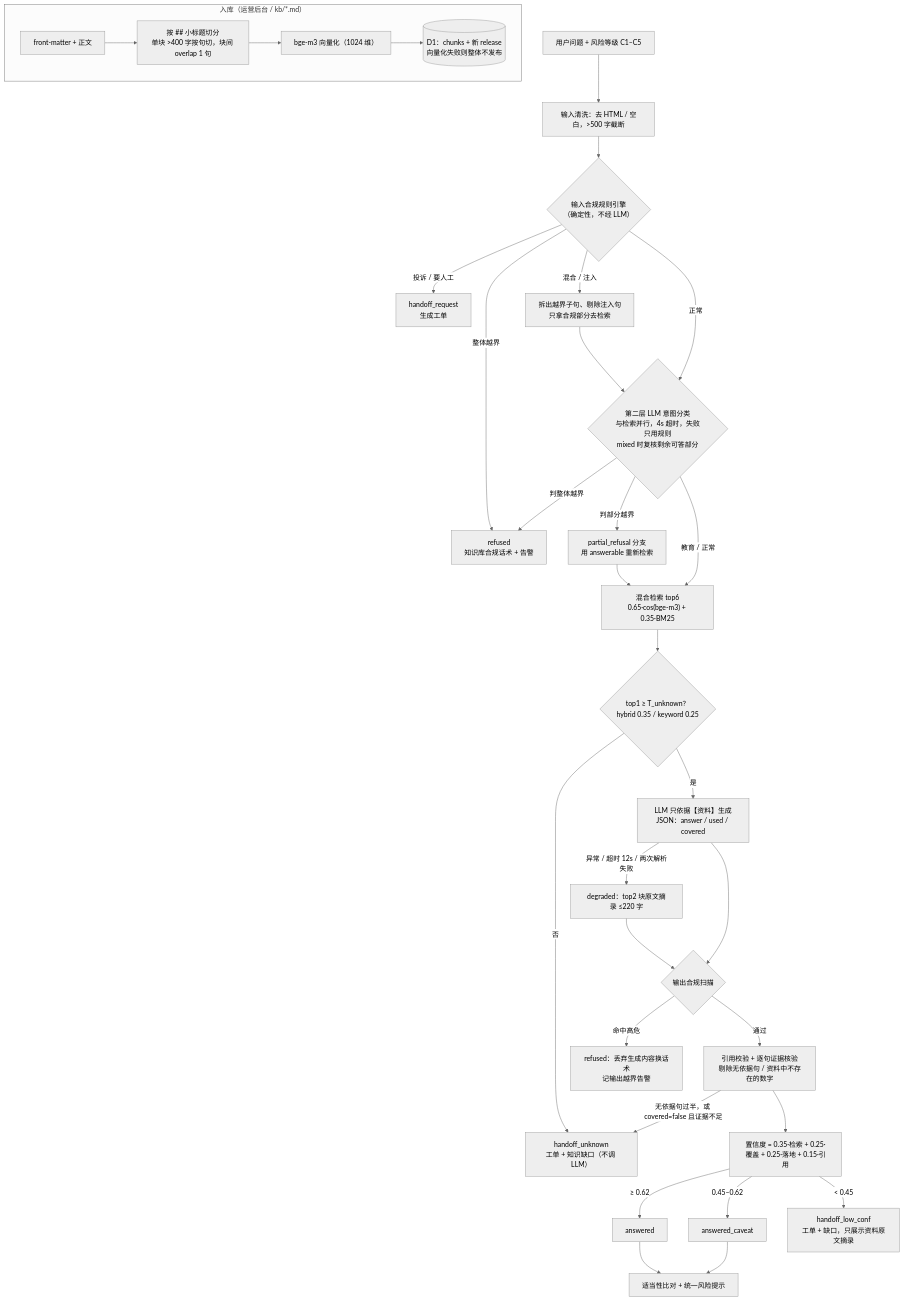
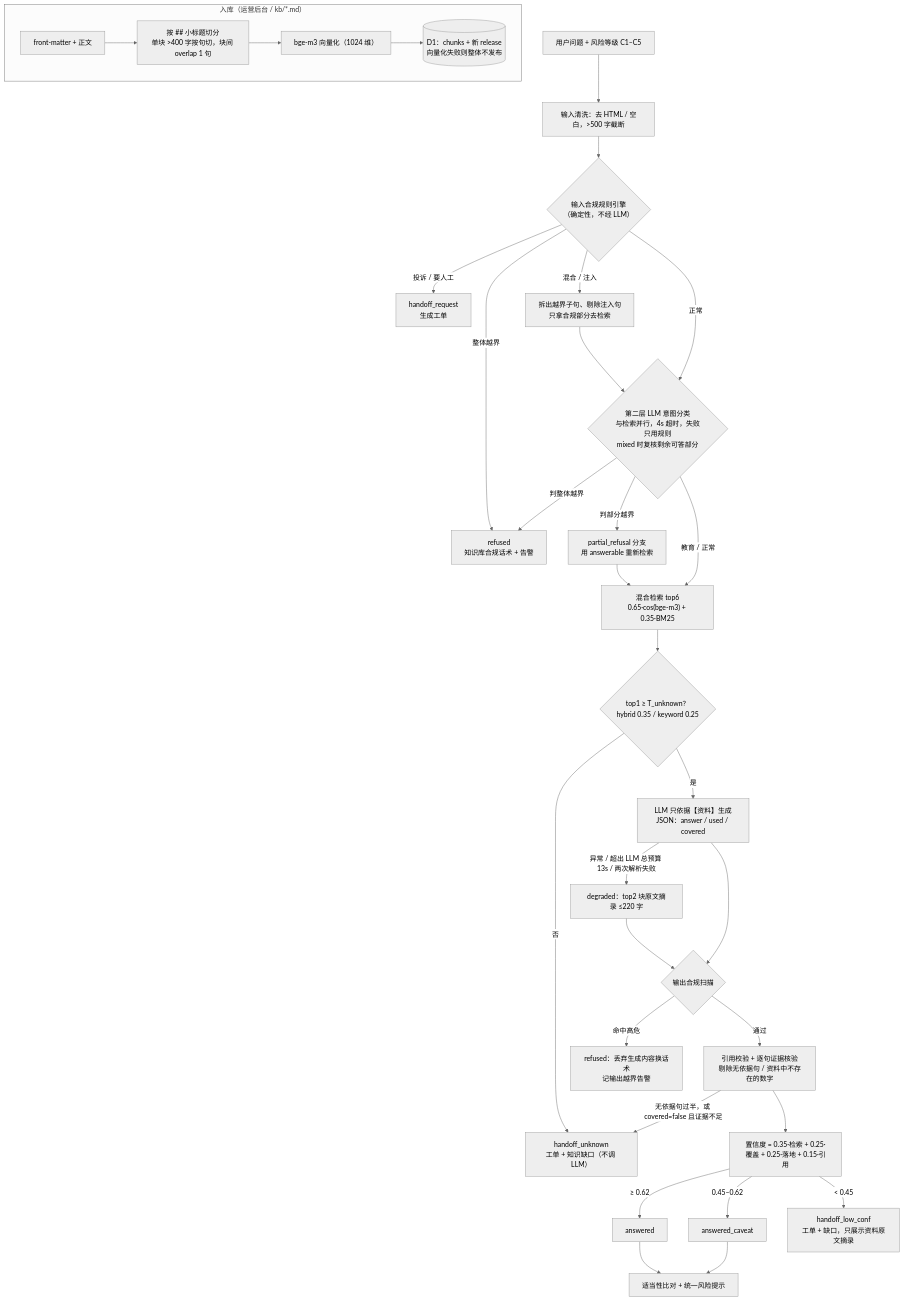
Before and after one commit to Neal122234/youju-ai-advisor-qa: the diagram in README.md, drawn with Mermaid (neutral theme). The commit also changed other lines of this file and 38 other files, not shown here.

````diff
--- a/README.md
+++ b/README.md
@@ -58,35 +91,35 @@
 ```mermaid
 flowchart TD
   subgraph KB["入库（运营后台 / kb/*.md）"]
     K1["front-matter + 正文"] --> K2["按 ## 小标题切分<br/>单块 >400 字按句切，块间 overlap 1 句"]
     K2 --> K3["bge-m3 向量化（1024 维）"]
     K3 --> K4[("D1：chunks + 新 release<br/>向量化失败则整体不发布")]
   end
 
   Q["用户问题 + 风险等级 C1–C5"] --> V["输入清洗：去 HTML / 空白，>500 字截断"]
   V --> R{"输入合规规则引擎<br/>（确定性，不经 LLM）"}
   R -- "投诉 / 要人工" --> HR["handoff_request<br/>生成工单"]
   R -- "整体越界" --> RF["refused<br/>知识库合规话术 + 告警"]
   R -- "混合 / 注入" --> SP["拆出越界子句、剔除注入句<br/>只拿合规部分去检索"]
   R -- "正常" --> IC
   SP --> IC{"第二层 LLM 意图分类<br/>与检索并行，4s 超时，失败只用规则<br/>mixed 时复核剩余可答部分"}
   IC -- "判整体越界" --> RF
   IC -- "判部分越界" --> SP2["partial_refusal 分支<br/>用 answerable 重新检索"]
   IC -- "教育 / 正常" --> RET["混合检索 top6<br/>0.65·cos(bge-m3) + 0.35·BM25"]
   SP2 --> RET
   RET --> COV{"top1 ≥ T_unknown？<br/>hybrid 0.35 / keyword 0.25"}
   COV -- "否" --> HU["handoff_unknown<br/>工单 + 知识缺口（不调 LLM）"]
   COV -- "是" --> GEN["LLM 只依据【资料】生成<br/>JSON：answer / used / covered"]
-  GEN -- "异常 / 超时 12s / 两次解析失败" --> DEG["degraded：top2 块原文摘录 ≤220 字"]
+  GEN -- "异常 / 超出 LLM 总预算 13s / 两次解析失败" --> DEG["degraded：top2 块原文摘录 ≤220 字"]
   GEN --> OUT{"输出合规扫描"}
   DEG --> OUT
   OUT -- "命中高危" --> RF2["refused：丢弃生成内容换话术<br/>记输出越界告警"]
   OUT -- "通过" --> EV["引用校验 + 逐句证据核验<br/>剔除无依据句 / 资料中不存在的数字"]
   EV -- "无依据句过半，或 covered=false 且证据不足" --> HU
   EV --> CONF["置信度 = 0.35·检索 + 0.25·覆盖 + 0.25·落地 + 0.15·引用"]
   CONF -- "≥ 0.62" --> A1["answered"]
   CONF -- "0.45–0.62" --> A2["answered_caveat"]
   CONF -- "< 0.45" --> HL["handoff_low_conf<br/>工单 + 缺口，只展示资料原文摘录"]
   A1 --> SU["适当性比对 + 统一风险提示"]
   A2 --> SU
 ```
````
